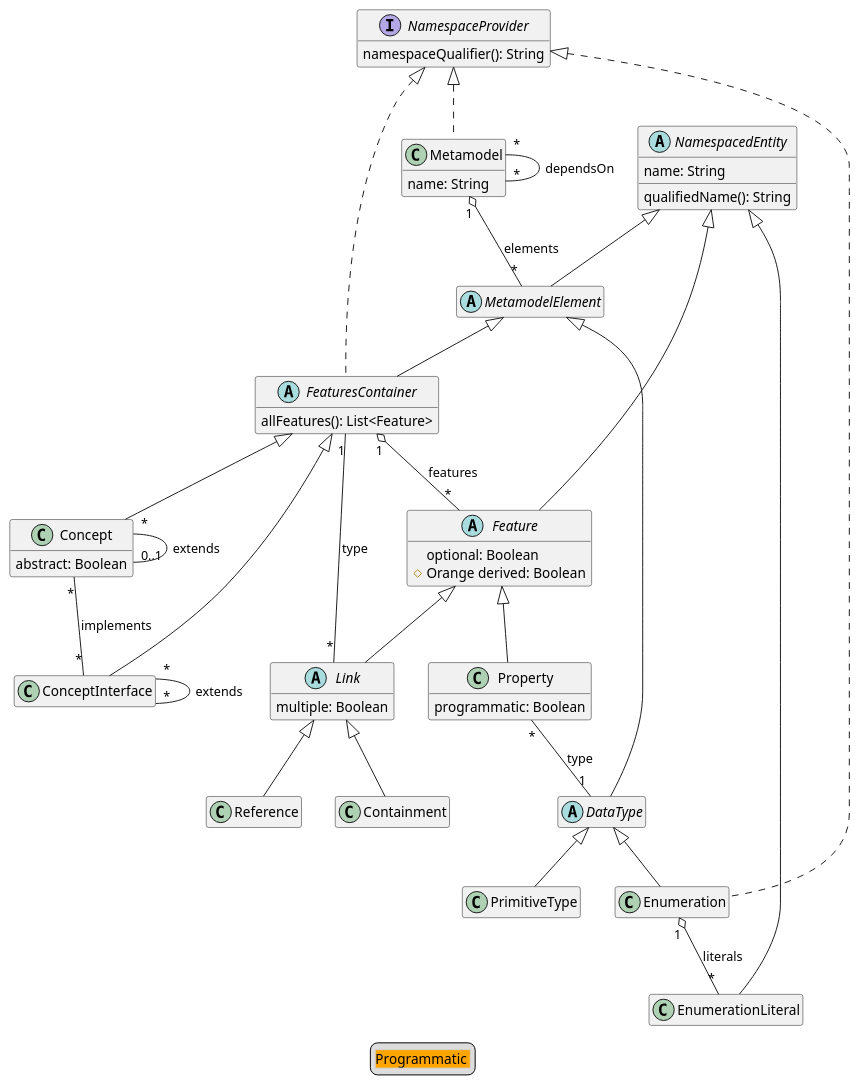
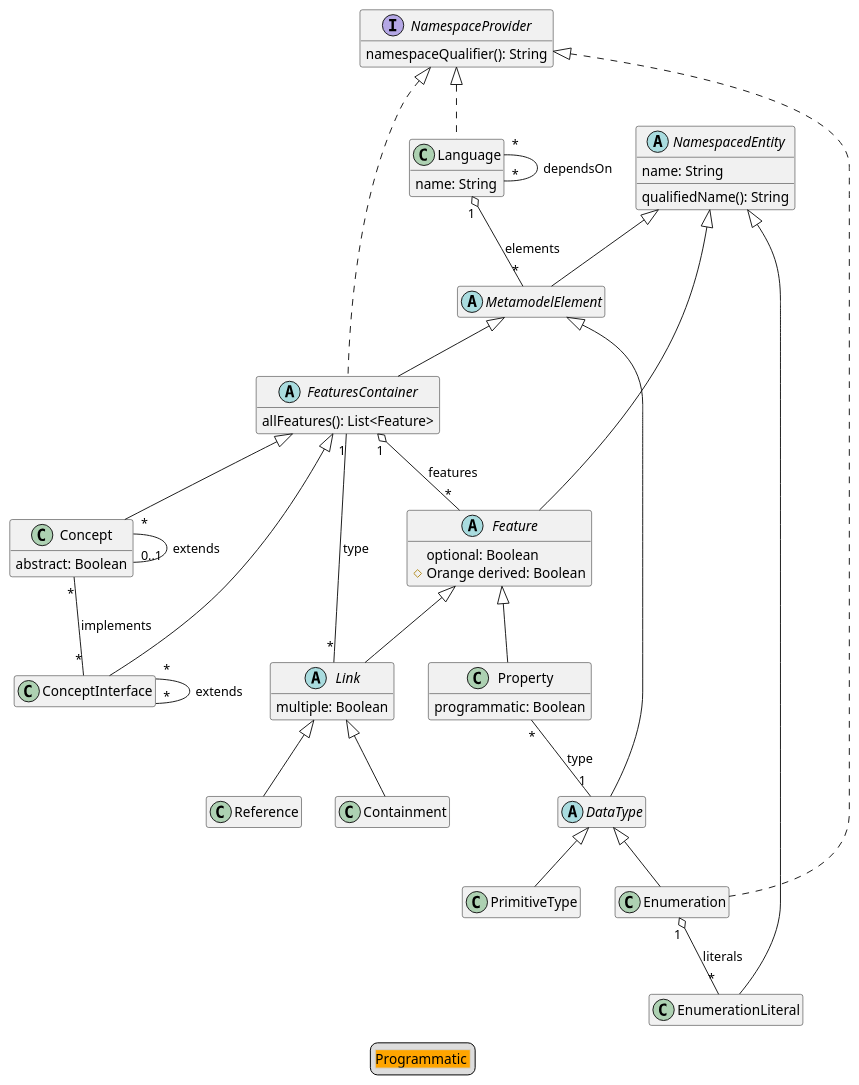
The diagram in diagrams/metametamodel-gen.puml (LionWeb-io/lionweb-typescript), drawn with PlantUML before and after one commit. The commit also changed 28 other files, not shown here.

First line of the commit message:
"Metamodel" -> "Language"

```diff
--- a/diagrams/metametamodel-gen.puml
+++ b/diagrams/metametamodel-gen.puml
@@ -1,83 +1,83 @@
 @startuml
 hide empty members
 
 ' qualified name: "LIonCore.M3"
 
 
 class Concept extends FeaturesContainer {
   abstract: Boolean
 }
 
 class ConceptInterface extends FeaturesContainer
 
 class Containment extends Link
 
 abstract class DataType extends MetamodelElement
 
 class Enumeration extends DataType implements NamespaceProvider
 
 class EnumerationLiteral extends NamespacedEntity
 
 abstract class Feature extends NamespacedEntity {
   optional: Boolean
   #Orange derived: Boolean
 }
 
 abstract class FeaturesContainer extends MetamodelElement implements NamespaceProvider {
   allFeatures(): List<Feature>
 }
 
+class Language implements NamespaceProvider {
+  name: String
+}
+
 abstract class Link extends Feature {
   multiple: Boolean
-}
-
-class Metamodel implements NamespaceProvider {
-  name: String
 }
 
 abstract class MetamodelElement extends NamespacedEntity
 
 interface NamespaceProvider {
   namespaceQualifier(): String
 }
 
 abstract class NamespacedEntity {
   name: String
   qualifiedName(): String
 }
 
 class PrimitiveType extends DataType
 
 class Property extends Feature {
   programmatic: Boolean
 }
 
 class Reference extends Link
 
 
 
 ' relations:
 
 Concept "*" -- "0..1" Concept: extends
 Concept "*" -- "*" ConceptInterface: implements
 ConceptInterface "*" -- "*" ConceptInterface: extends
 
 
 Enumeration "1" o-- "*" EnumerationLiteral: literals
 
 
 FeaturesContainer "1" o-- "*" Feature: features
+Language "1" o-- "*" MetamodelElement: elements
+Language "*" -- "*" Language: dependsOn
 Link "*" -- "1" FeaturesContainer: type
-Metamodel "1" o-- "*" MetamodelElement: elements
-Metamodel "*" -- "*" Metamodel: dependsOn
 
 
 
 
 Property "*" -- "1" DataType: type
 
 
 legend
   <#LightGray,#LightGray>| <#Orange>Programmatic |
 end legend
 @enduml
```
